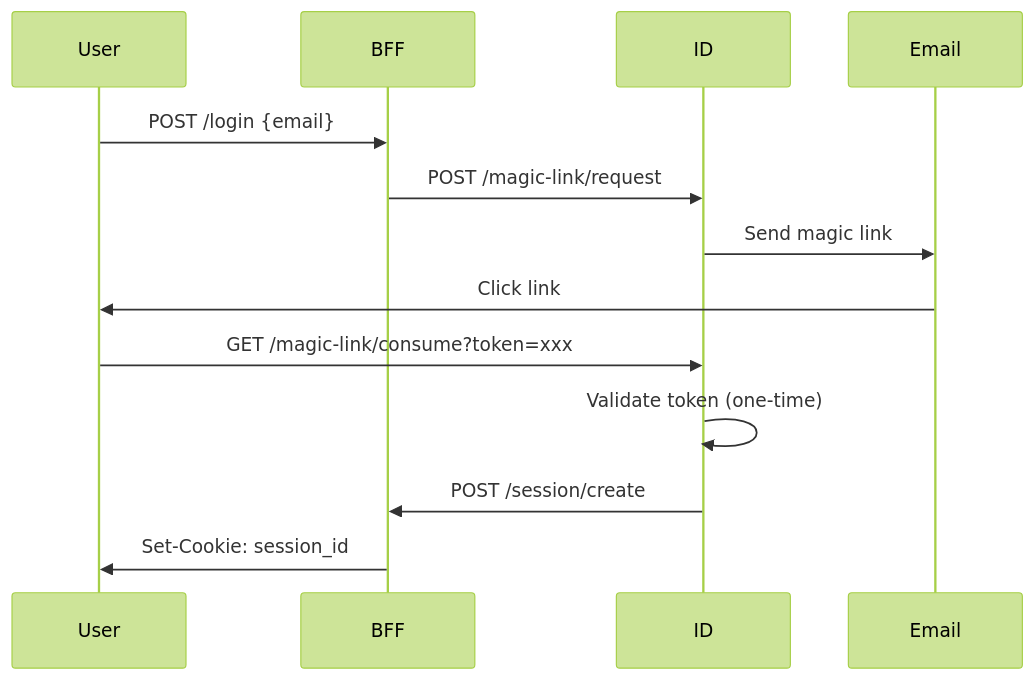
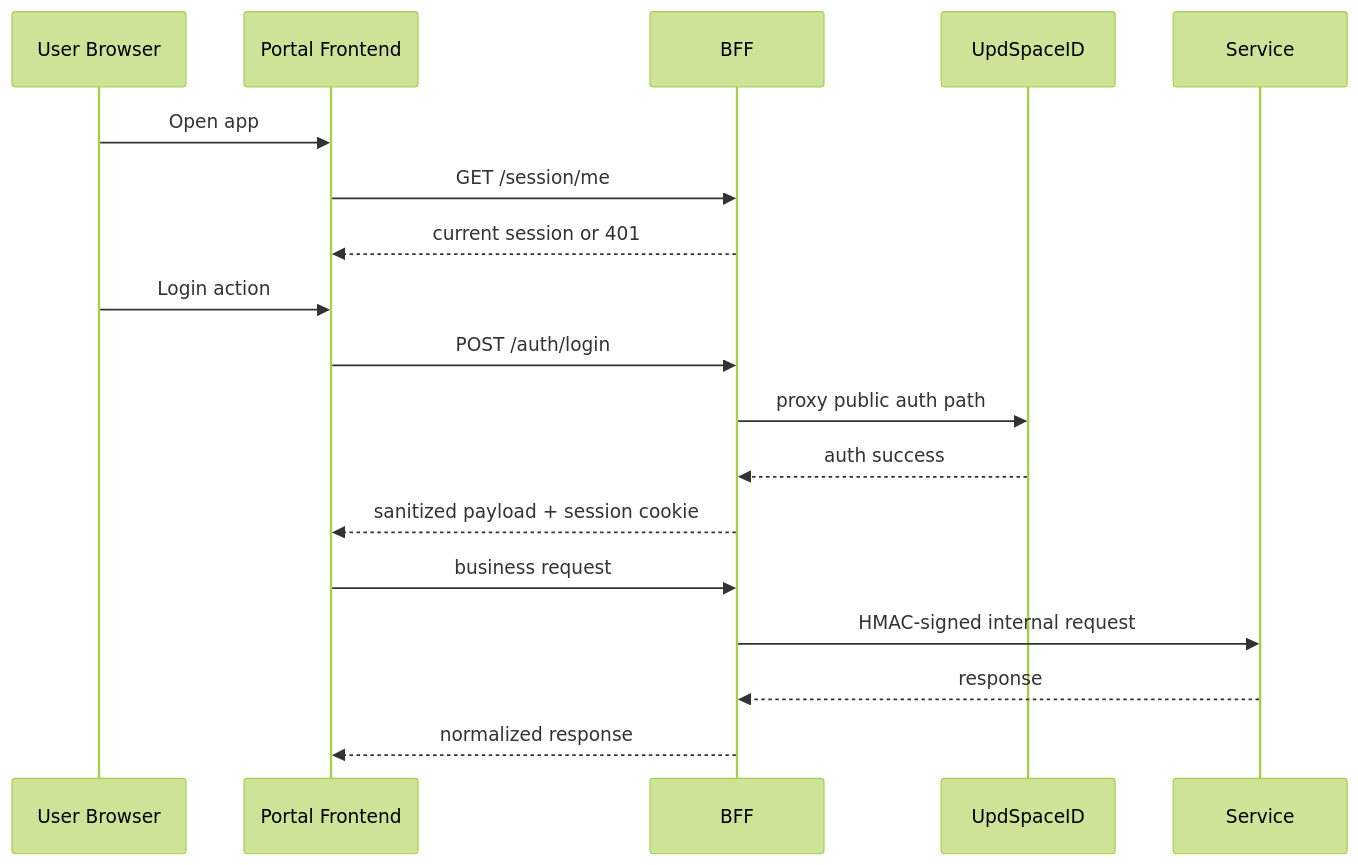
The diagram in docs/docs/architecture/security.md (updatingspace/portal), drawn with Mermaid (forest theme) before and after one commit. The commit also changed other lines of this file and 65 other files, not shown here.

Commit message:
docs: rewrite architecture, operations and legal guidance

````diff
--- a/docs/docs/architecture/security.md
+++ b/docs/docs/architecture/security.md
@@ -41,16 +33,21 @@
 ```mermaid
 sequenceDiagram
-    participant User
-    participant BFF
-    participant ID
-    participant Email
+    participant U as User Browser
+    participant F as Portal Frontend
+    participant B as BFF
+    participant I as UpdSpaceID
+    participant S as Service
 
-    User->>BFF: POST /login {email}
-    BFF->>ID: POST /magic-link/request
-    ID->>Email: Send magic link
-    Email->>User: Click link
-    User->>ID: GET /magic-link/consume?token=xxx
-    ID->>ID: Validate token (one-time)
-    ID->>BFF: POST /session/create
-    BFF->>User: Set-Cookie: session_id
+    U->>F: Open app
+    F->>B: GET /session/me
+    B-->>F: current session or 401
+    U->>F: Login action
+    F->>B: POST /auth/login
+    B->>I: proxy public auth path
+    I-->>B: auth success
+    B-->>F: sanitized payload + session cookie
+    F->>B: business request
+    B->>S: HMAC-signed internal request
+    S-->>B: response
+    B-->>F: normalized response
 ```
````
